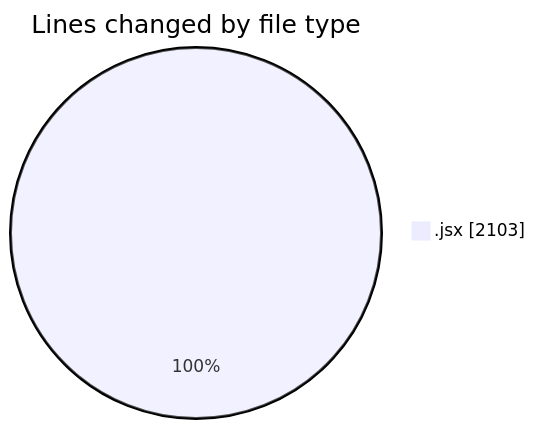
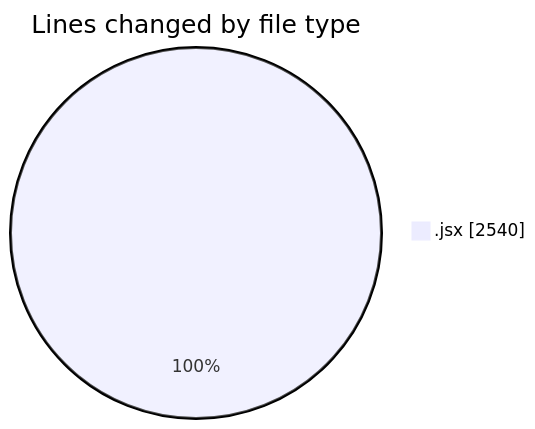
Before and after one commit to nxtqubesakshisongat/code-tracking: the first of 2 diagrams in 2025-07-15/argos/README.md, drawn with Mermaid. The commit also changed other lines of this file and 1 other file, not shown here.

````diff
--- a/2025-07-15/argos/README.md
+++ b/2025-07-15/argos/README.md
@@ -21,5 +23,5 @@
 ```mermaid
 pie showData
 title Lines changed by file type
-".jsx" : 2103
+".jsx" : 2540
 ```
````
